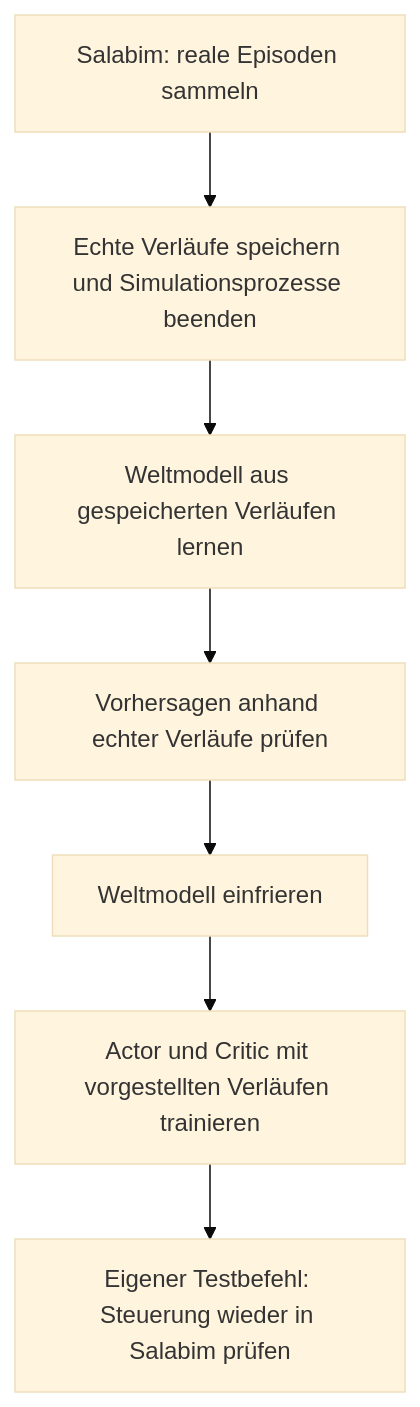
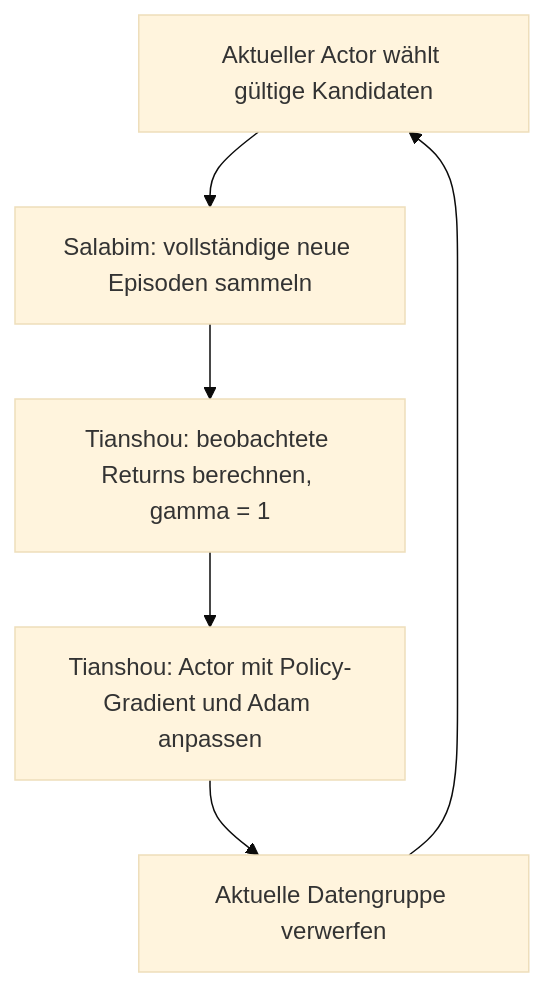
Diagram 17 of 17 in README.md (ghackenberg/SpineML), drawn with Mermaid (base theme) before and after one commit. The commit also changed other lines of this file and 21 other files, not shown here.

````diff
--- a/README.md
+++ b/README.md
@@ -3240,12 +2909,9 @@
 ```mermaid
 flowchart TD
-    S["Salabim: reale Episoden sammeln"]
-    R["Echte Verläufe speichern und Simulationsprozesse beenden"]
-    W["Weltmodell aus gespeicherten Verläufen lernen"]
-    V["Vorhersagen anhand echter Verläufe prüfen"]
-    F["Weltmodell einfrieren"]
-    I["Actor und Critic mit vorgestellten Verläufen trainieren"]
-    T["Eigener Testbefehl: Steuerung wieder in Salabim prüfen"]
-
-    S --> R --> W --> V --> F --> I --> T
+    A["Aktueller Actor wählt gültige Kandidaten"]
+    B["Salabim: vollständige neue Episoden sammeln"]
+    C["Tianshou: beobachtete Returns berechnen, gamma = 1"]
+    D["Tianshou: Actor mit Policy-Gradient und Adam anpassen"]
+    E["Aktuelle Datengruppe verwerfen"]
+    A --> B --> C --> D --> E --> A
 ```
````
